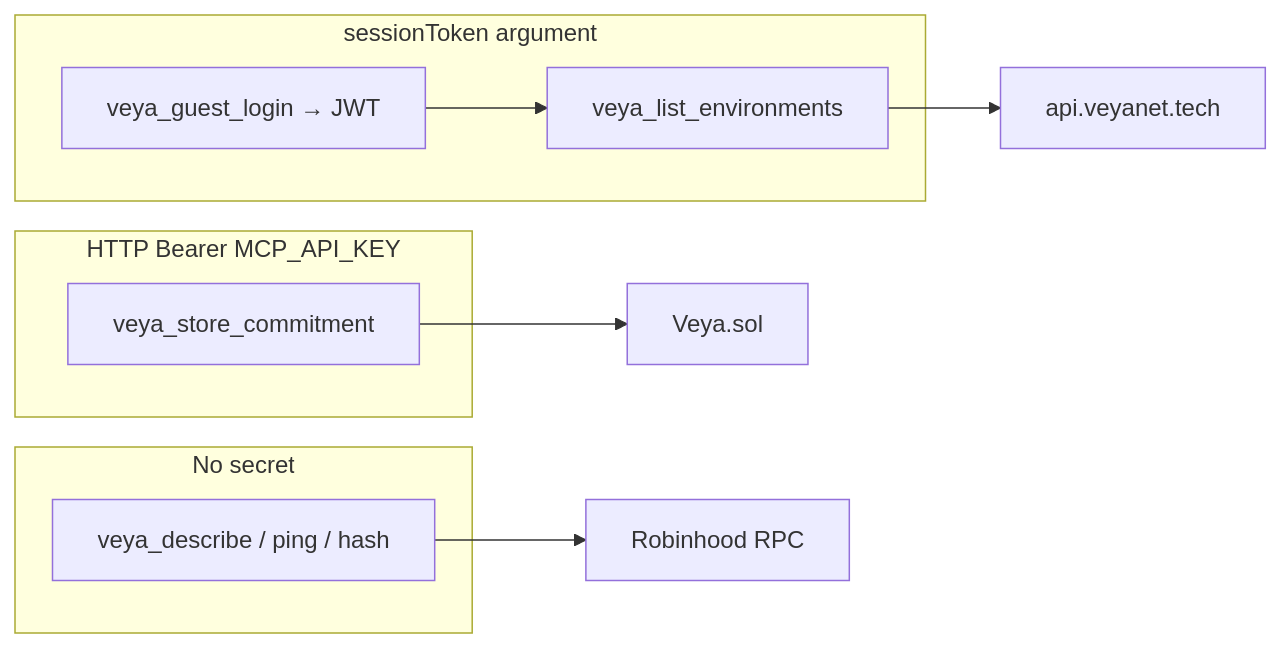
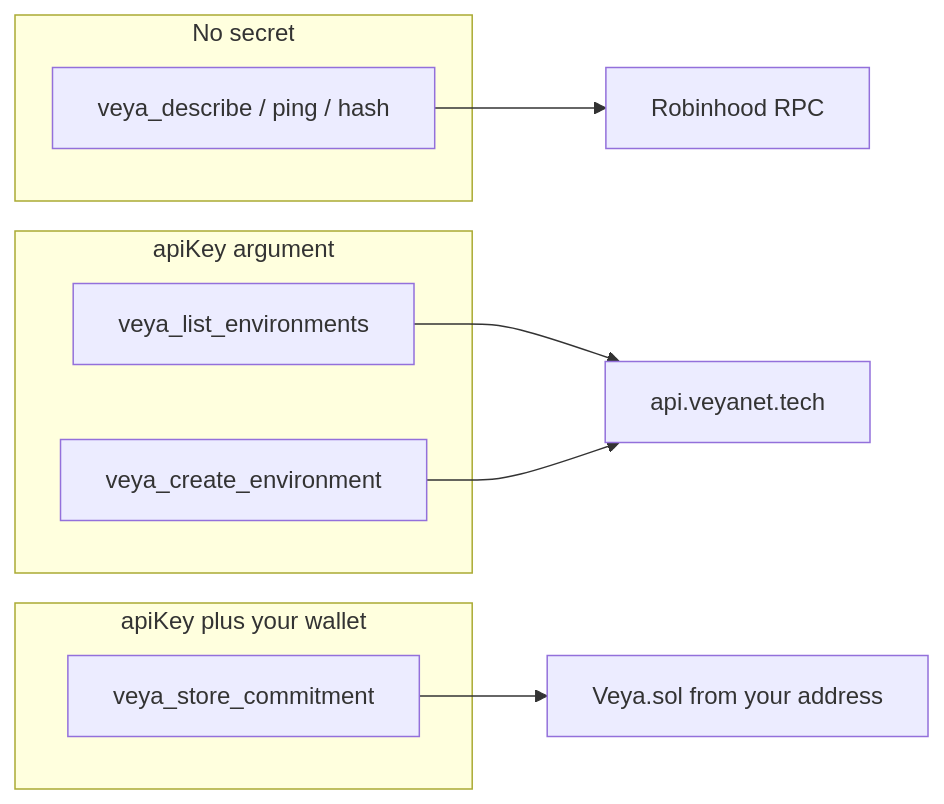
The diagram in docs/AUTHENTICATION.md (veyanet/veya-mcp), drawn with Mermaid before and after one commit. The commit also changed other lines of this file, not shown here.

Commit message:
docs: expand bearer session and write auth

````diff
--- a/docs/AUTHENTICATION.md
+++ b/docs/AUTHENTICATION.md
@@ -39,17 +35,17 @@
 ```mermaid
 flowchart LR
   subgraph None["No secret"]
     R["veya_describe / ping / hash"]
   end
-  subgraph Session["sessionToken argument"]
-    G["veya_guest_login → JWT"]
+  subgraph Key["apiKey argument"]
     P["veya_list_environments"]
+    C["veya_create_environment"]
   end
-  subgraph Bearer["HTTP Bearer MCP_API_KEY"]
+  subgraph Payer["apiKey plus your wallet"]
     W["veya_store_commitment"]
   end
-  G --> P
-  W --> Chain["Veya.sol"]
+  R --> RPC["Robinhood RPC"]
   P --> API["api.veyanet.tech"]
-  R --> RPC["Robinhood RPC"]
+  C --> API
+  W --> Chain["Veya.sol from your address"]
 ```
````
